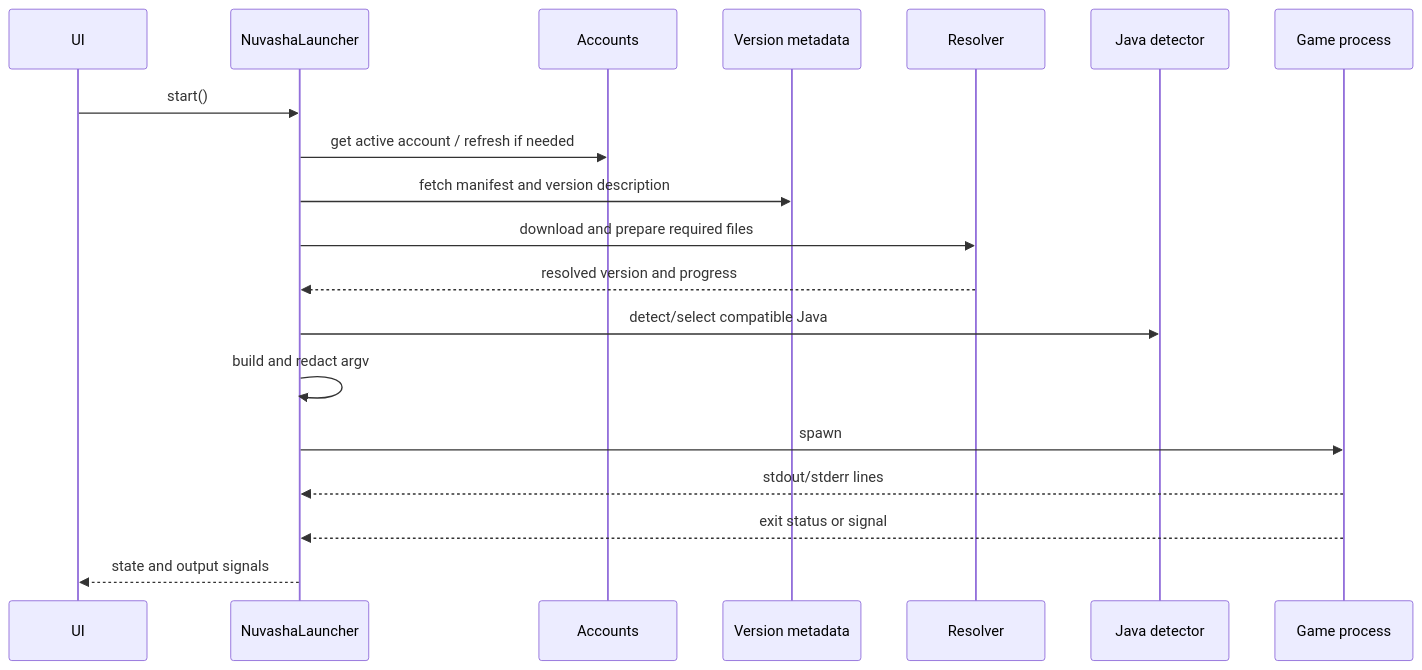
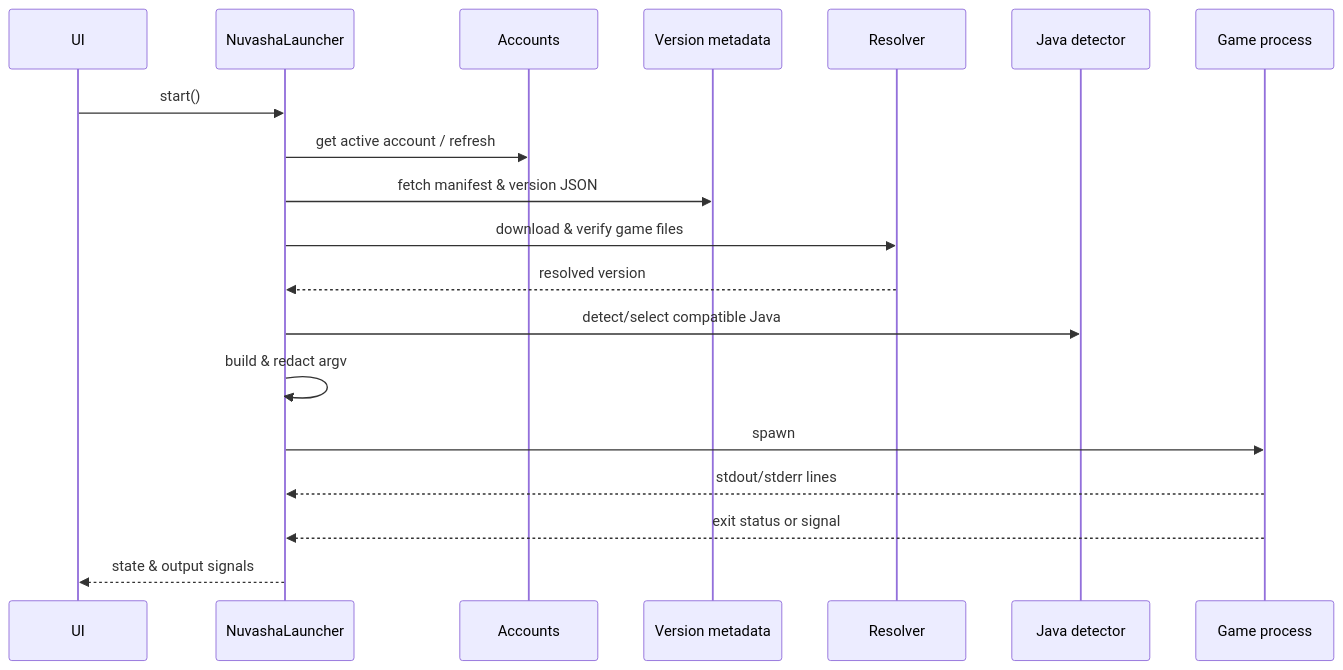
The third of 3 diagrams in docs/architecture.md (NuvashaLauncher/NuvashaLauncher), drawn with Mermaid before and after one commit. The commit also changed other lines of this file and 7 other files, not shown here.

````diff
--- a/docs/architecture.md
+++ b/docs/architecture.md
@@ -417,22 +161,22 @@
 ```mermaid
 sequenceDiagram
     participant UI
     participant L as NuvashaLauncher
     participant A as Accounts
     participant V as Version metadata
     participant R as Resolver
     participant J as Java detector
     participant P as Game process
 
     UI->>L: start()
-    L->>A: get active account / refresh if needed
-    L->>V: fetch manifest and version description
-    L->>R: download and prepare required files
-    R-->>L: resolved version and progress
+    L->>A: get active account / refresh
+    L->>V: fetch manifest & version JSON
+    L->>R: download & verify game files
+    R-->>L: resolved version
     L->>J: detect/select compatible Java
-    L->>L: build and redact argv
+    L->>L: build & redact argv
     L->>P: spawn
     P-->>L: stdout/stderr lines
     P-->>L: exit status or signal
-    L-->>UI: state and output signals
+    L-->>UI: state & output signals
 ```
````
